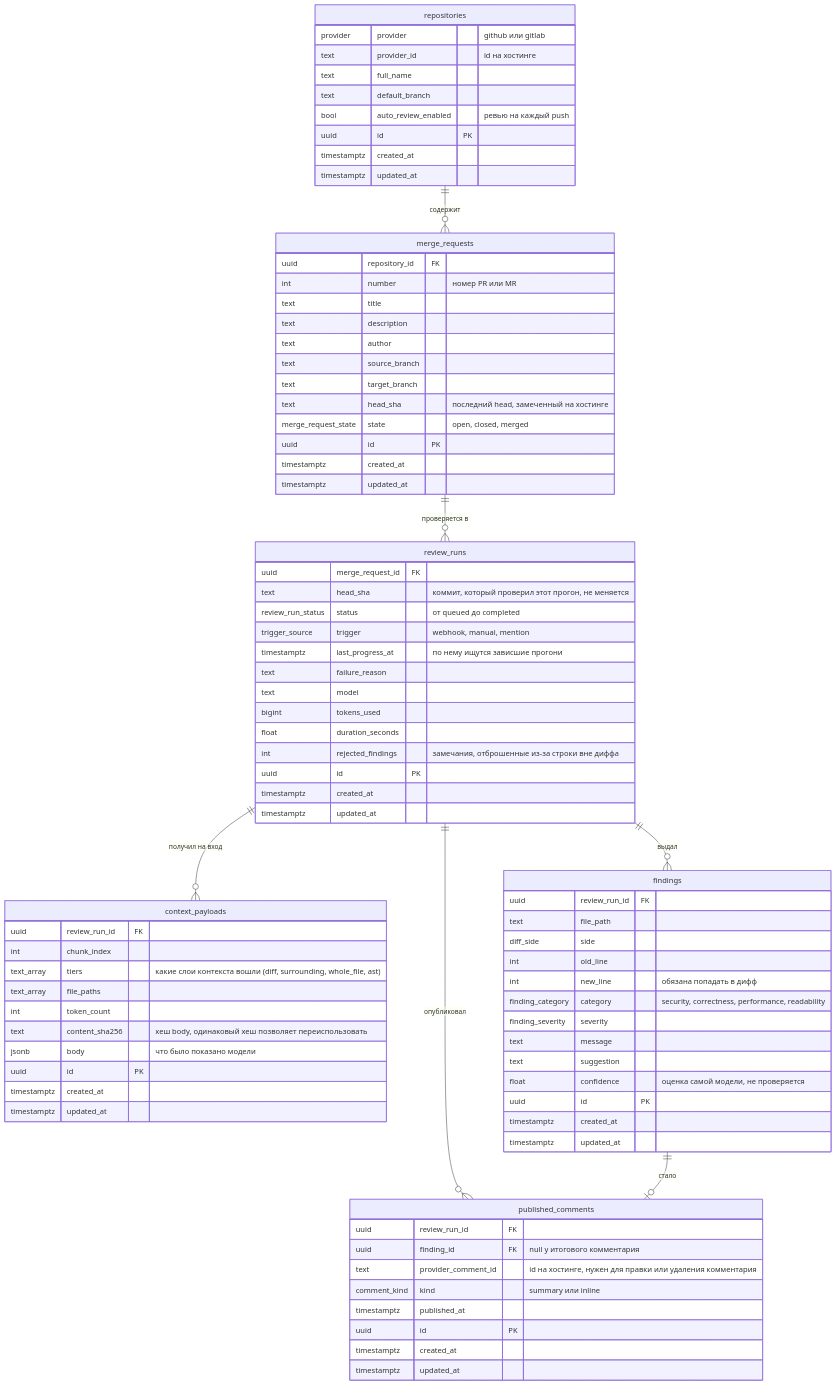
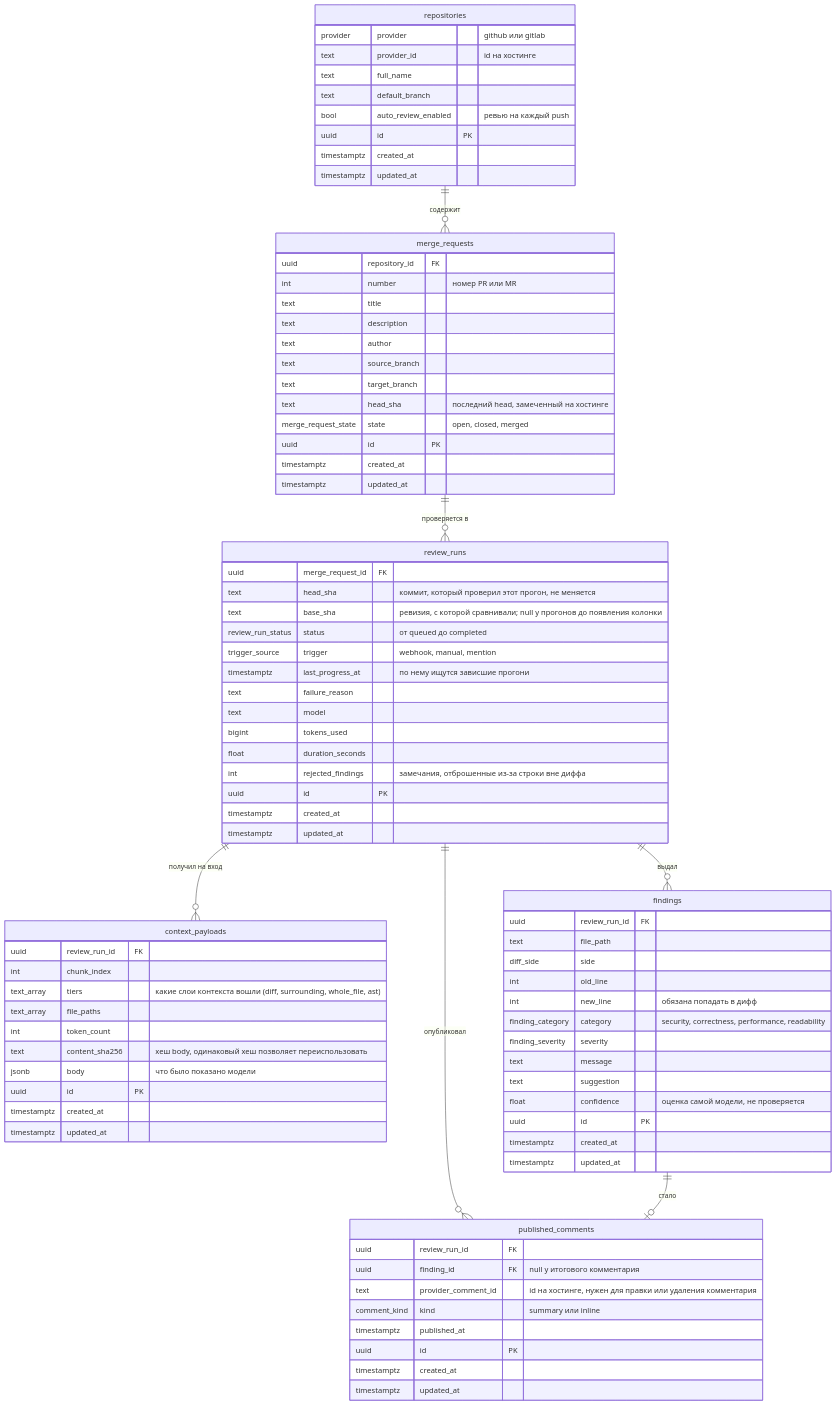
The diagram in docs/erd.md (larchanka-training/dmc-268-api-t1), drawn with Mermaid before and after one commit. The commit also changed other lines of this file and 6 other files, not shown here.

First line of the commit message:
feat: хранить base_sha у прогона ревью

```diff
--- a/docs/erd.md
+++ b/docs/erd.md
@@ -44,6 +44,7 @@
     review_runs {
         uuid merge_request_id FK
         text head_sha "коммит, который проверил этот прогон, не меняется"
+        text base_sha "ревизия, с которой сравнивали; null у прогонов до появления колонки"
         review_run_status status "от queued до completed"
         trigger_source trigger "webhook, manual, mention"
         timestamptz last_progress_at "по нему ищутся зависшие прогони"
```
